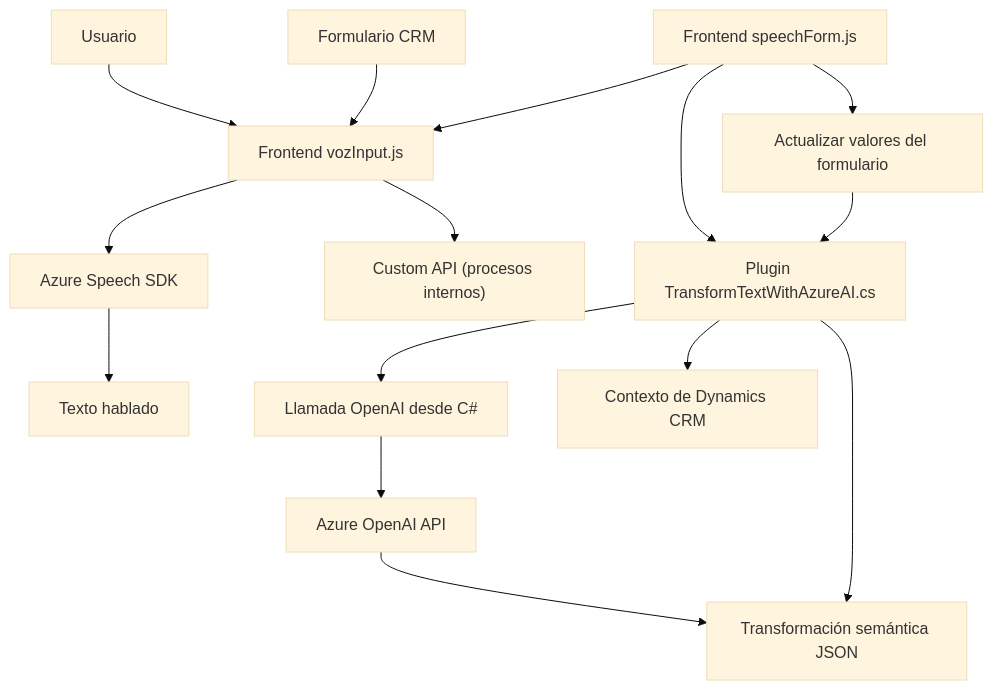
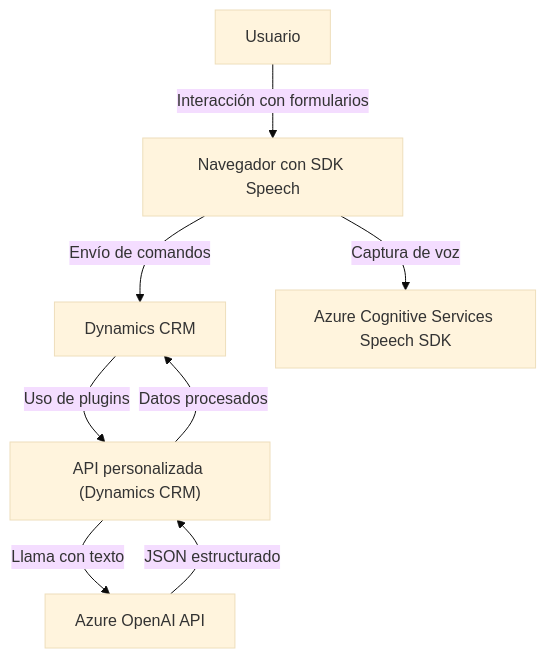
One commit to blopezdm/NETCORE_BILBAO2025 changed the diagram in README.md. Above: the diagram before and after it, drawn with Mermaid (base theme). The commit also changed other lines of this file, not shown here.

Commit message:
Actualizar análisis global de la solución con IA

````diff
--- a/README.md
+++ b/README.md
@@ -50,20 +51,17 @@
 ```mermaid
 graph TD
-  Start["Usuario"] --> VoiceInput["Frontend vozInput.js"]
-  UserFormData["Formulario CRM"] --> VoiceInput
-  VoiceInput --> AzureSpeech["Azure Speech SDK"]
-  AzureSpeech --> SynthesizedVoice["Texto hablado"]
-  VoiceInput --> CustomApiCall["Custom API (procesos internos)"]
+    Dynamics365["Dynamics CRM"]
+    User["Usuario"]
+    Browser["Navegador con SDK Speech"]
+    AzureSpeech["Azure Cognitive Services Speech SDK"]
+    AzureOpenAI["Azure OpenAI API"]
+    MicroserviceAPI["API personalizada (Dynamics CRM)"]
 
-  VoiceProcessing["Frontend speechForm.js"] --> VoiceInput
-  VoiceProcessing --> FormUpdate["Actualizar valores del formulario"]
-
-  BackendPlugin["Plugin TransformTextWithAzureAI.cs"] --> BackendCall["Llamada OpenAI desde C#"]
-  BackendPlugin --> BackendContext["Contexto de Dynamics CRM"]
-  BackendCall --> AzureOpenAI["Azure OpenAI API"]
-  AzureOpenAI --> ProcessedText["Transformación semántica JSON"]
-
-  VoiceProcessing --> BackendPlugin
-  FormUpdate --> BackendPlugin
-  BackendPlugin --> ProcessedText
+    User --> |Interacción con formularios| Browser
+    Browser --> |Captura de voz| AzureSpeech
+    Browser --> |Envío de comandos| Dynamics365
+    Dynamics365 --> |Uso de plugins| MicroserviceAPI
+    MicroserviceAPI --> |Llama con texto| AzureOpenAI
+    AzureOpenAI --> |JSON estructurado| MicroserviceAPI
+    MicroserviceAPI --> |Datos procesados| Dynamics365
 ```
````
